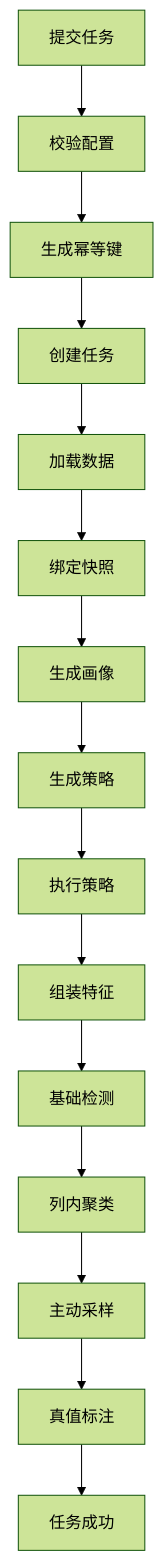
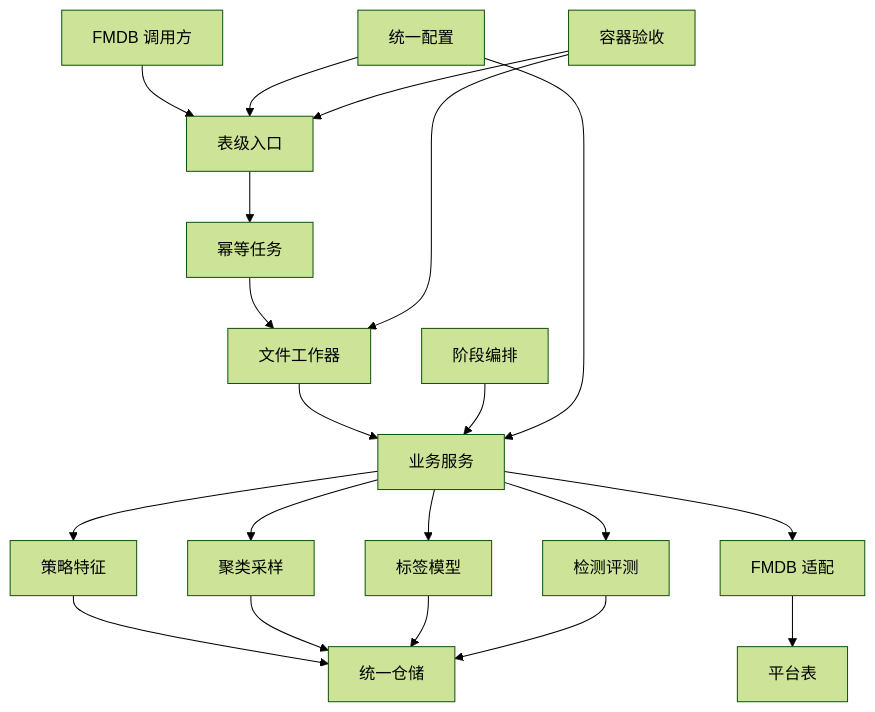
The first of 6 diagrams in doc/20260715/Raha工程-源码完整分析-202607150943.md (18963603561/fmdb_udf_raha), drawn with Mermaid (forest theme) before and after one commit. The commit also changed other lines of this file and 1 other file, not shown here.

````diff
--- a/doc/20260715/Raha工程-源码完整分析-202607150943.md
+++ b/doc/20260715/Raha工程-源码完整分析-202607150943.md
@@ -754,17 +75,22 @@
 ```mermaid
 graph TD;
-n01[提交任务] --> n02[校验配置];
-n02 --> n03[生成幂等键];
-n03 --> n04[创建任务];
-n04 --> n05[加载数据];
-n05 --> n06[绑定快照];
-n06 --> n07[生成画像];
-n07 --> n08[生成策略];
-n08 --> n09[执行策略];
-n09 --> n10[组装特征];
-n10 --> n11[基础检测];
-n11 --> n12[列内聚类];
-n12 --> n13[主动采样];
-n13 --> n14[真值标注];
-n14 --> n15[任务成功];
+n01[FMDB 调用方] --> n02[表级入口];
+n02 --> n03[幂等任务];
+n03 --> n04[文件工作器];
+n04 --> n05[业务服务];
+n05 --> n06[策略特征];
+n05 --> n07[聚类采样];
+n05 --> n08[标签模型];
+n05 --> n09[检测评测];
+n06 --> n10[统一仓储];
+n07 --> n10;
+n08 --> n10;
+n09 --> n10;
+n05 --> n11[FMDB 适配];
+n11 --> n12[平台表];
+n13[阶段编排] --> n05;
+n14[统一配置] --> n02;
+n14 --> n05;
+n15[容器验收] --> n02;
+n15 --> n04;
 ```
````
